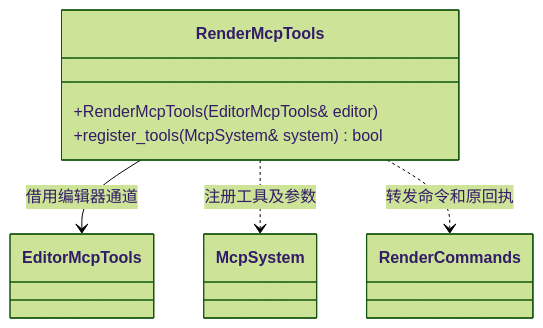
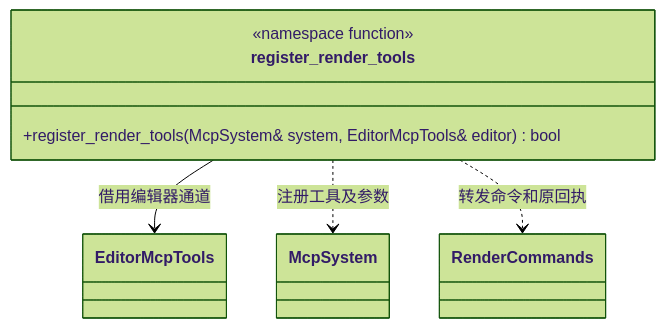
The first of 2 diagrams in docs/plugins/editor/class-diagrams/render-mcp-tools.md (lcals/Engine), drawn with Mermaid (forest theme) before and after one commit. The commit also changed other lines of this file and 195 other files, not shown here.

````diff
--- a/docs/plugins/editor/class-diagrams/render-mcp-tools.md
+++ b/docs/plugins/editor/class-diagrams/render-mcp-tools.md
@@ -5,13 +5,13 @@
 ```mermaid
 classDiagram
-    class RenderMcpTools {
-        +RenderMcpTools(EditorMcpTools& editor)
-        +register_tools(McpSystem& system) bool
+    class register_render_tools {
+        <<namespace function>>
+        +register_render_tools(McpSystem& system, EditorMcpTools& editor) bool
     }
     class EditorMcpTools
     class McpSystem
     class RenderCommands
-    RenderMcpTools --> EditorMcpTools : 借用编辑器通道
-    RenderMcpTools ..> McpSystem : 注册工具及参数
-    RenderMcpTools ..> RenderCommands : 转发命令和原回执
+    register_render_tools --> EditorMcpTools : 借用编辑器通道
+    register_render_tools ..> McpSystem : 注册工具及参数
+    register_render_tools ..> RenderCommands : 转发命令和原回执
 ```
````
